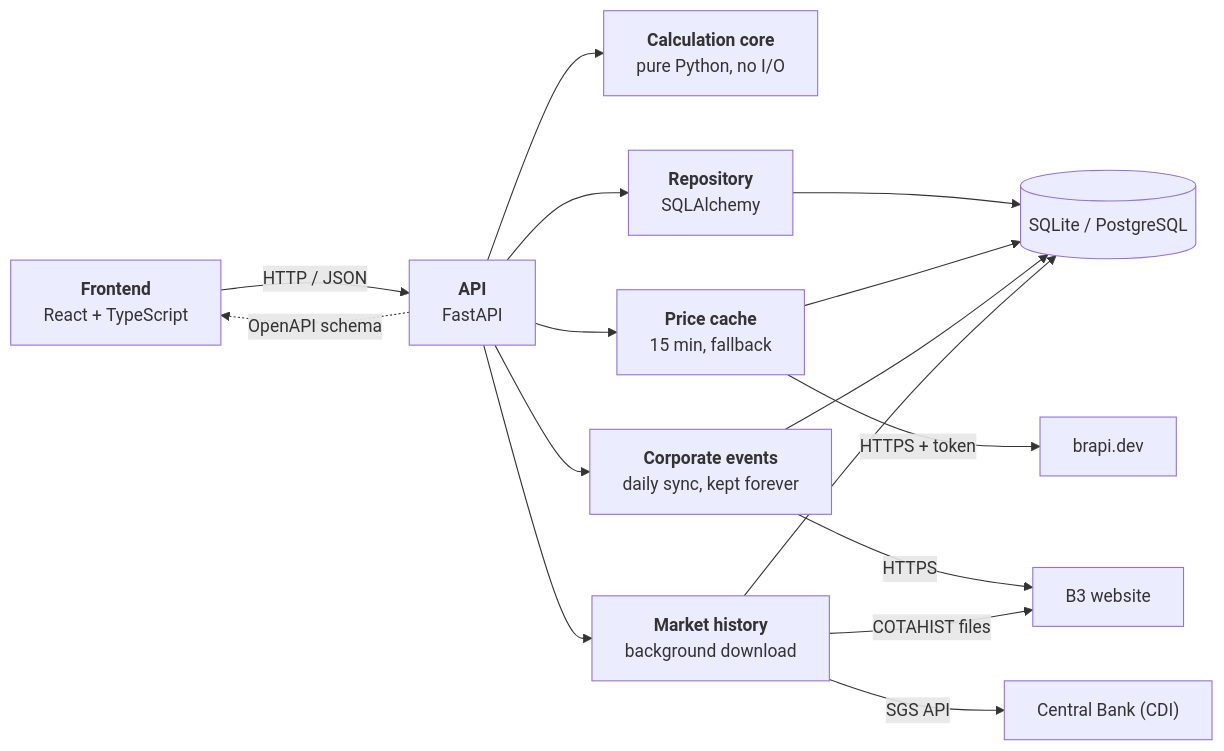
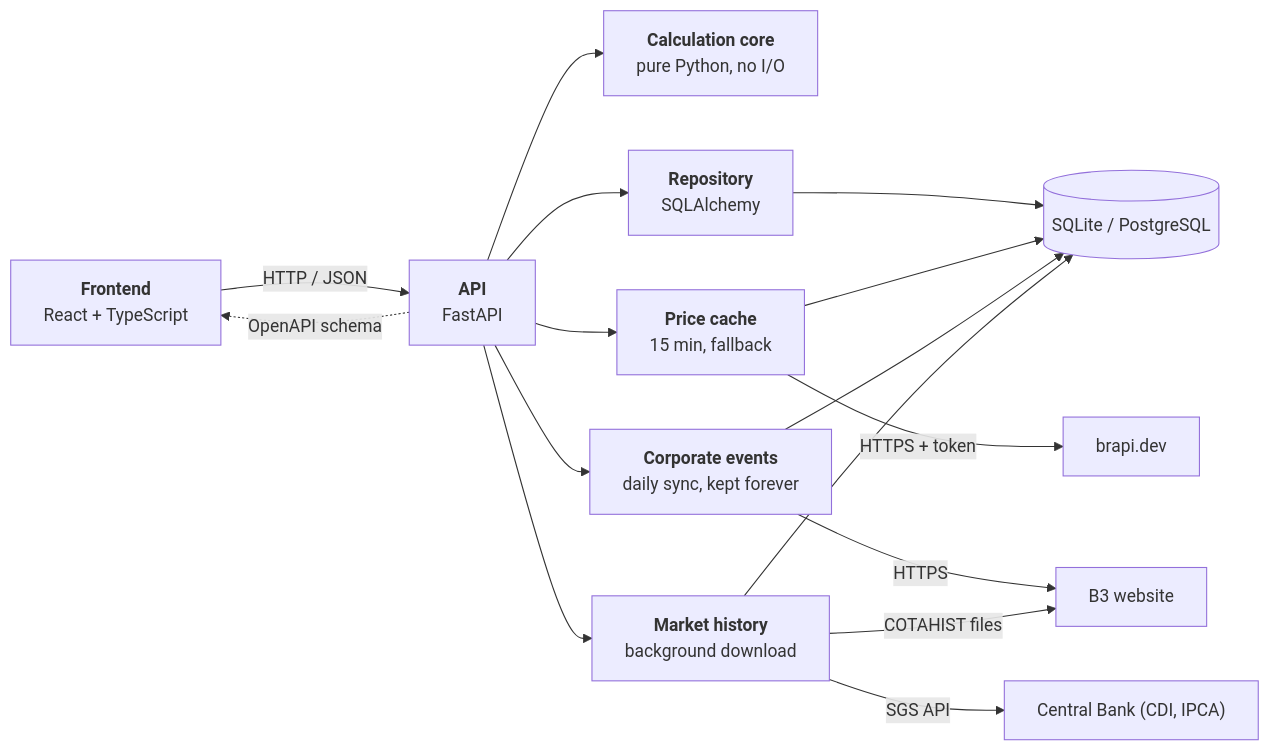
One commit to samuel-mendes-monteiro/InvestTrack changed the diagram in README.md. Above: the diagram before and after it, drawn with Mermaid. The commit also changed other lines of this file, not shown here.

````diff
--- a/README.md
+++ b/README.md
@@ -50,18 +50,18 @@
 ```mermaid
 flowchart LR
     UI["<b>Frontend</b><br/>React + TypeScript"] -- "HTTP / JSON" --> API["<b>API</b><br/>FastAPI"]
     API -. "OpenAPI schema" .-> UI
     API --> Core["<b>Calculation core</b><br/>pure Python, no I/O"]
     API --> Repo["<b>Repository</b><br/>SQLAlchemy"]
     Repo --> DB[("SQLite / PostgreSQL")]
     API --> Prices["<b>Price cache</b><br/>15 min, fallback"]
     Prices -- "HTTPS + token" --> Brapi["brapi.dev"]
     Prices --> DB
     API --> Events["<b>Corporate events</b><br/>daily sync, kept forever"]
     Events -- "HTTPS" --> B3["B3 website"]
     Events --> DB
     API --> Market["<b>Market history</b><br/>background download"]
     Market -- "COTAHIST files" --> B3
-    Market -- "SGS API" --> BCB["Central Bank (CDI)"]
+    Market -- "SGS API" --> BCB["Central Bank (CDI, IPCA)"]
     Market --> DB
 ```
````
